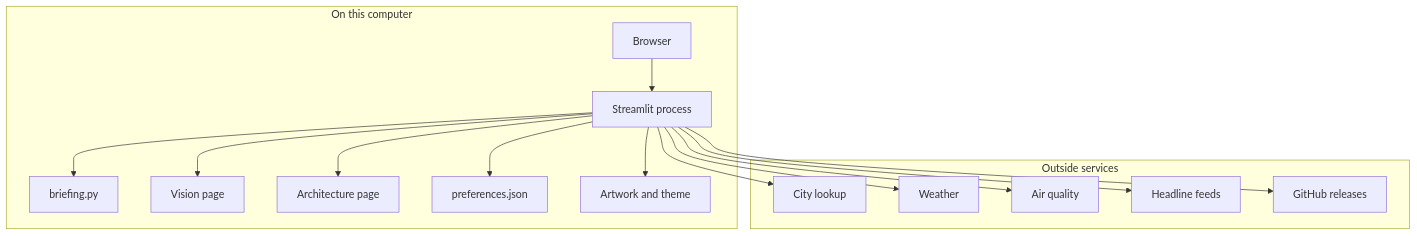
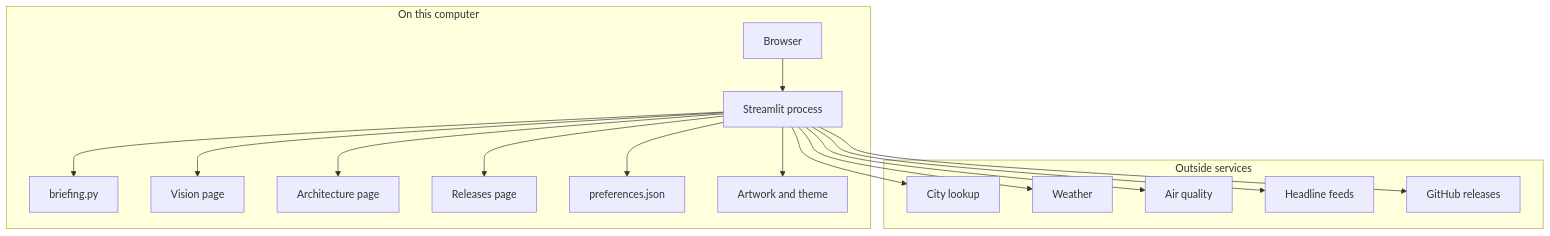
One commit to jmaret/daily-briefing changed the third of 3 diagrams in docs/architecture.md. Above: the diagram before and after it, drawn with Mermaid. The commit also changed other lines of this file and 7 other files, not shown here.

Commit message:
Open vision, architecture, and releases from the sidebar, so the briefing stays on weather and headlines.

````diff
--- a/docs/architecture.md
+++ b/docs/architecture.md
@@ -51,30 +52,32 @@
 ```mermaid
 flowchart TD
   subgraph local [On this computer]
     browser[Browser]
     process[Streamlit process]
     briefing[briefing.py]
     visionPage[Vision page]
     architecturePage[Architecture page]
+    releasesPage[Releases page]
     preferences[preferences.json]
     artwork[Artwork and theme]
     browser --> process
     process --> briefing
     process --> visionPage
     process --> architecturePage
+    process --> releasesPage
     process --> preferences
     process --> artwork
   end
   subgraph remote [Outside services]
     geocode[City lookup]
     forecast[Weather]
     airQuality[Air quality]
     feeds[Headline feeds]
     github[GitHub releases]
   end
   process --> geocode
   process --> forecast
   process --> airQuality
   process --> feeds
   process --> github
 ```
````
